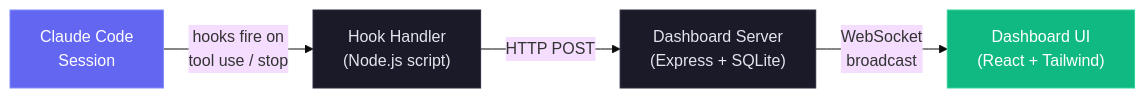
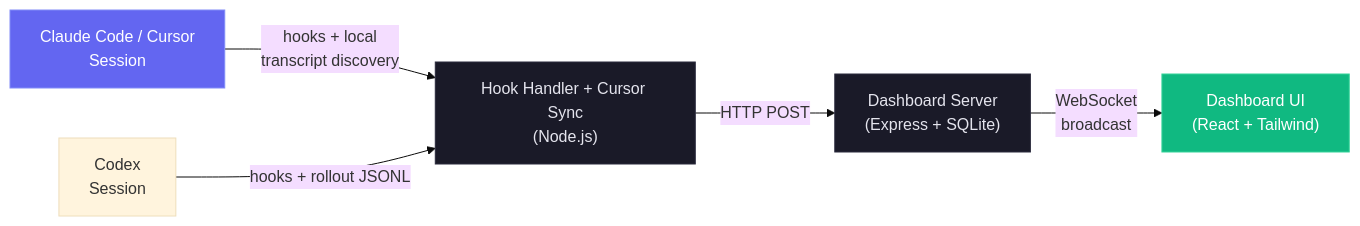
The first of 23 diagrams in README.md (Doccy008/Claude-Code-Agent-Monitor), drawn with Mermaid (base theme) before and after one commit. The commit also changed other lines of this file and 110 other files, not shown here.

````diff
--- a/README.md
+++ b/README.md
@@ -119,10 +120,11 @@
 ```mermaid
 graph LR
-    A["Claude Code<br/>Session"] -->|hooks fire on<br/>tool use / stop| B["Hook Handler<br/>(Node.js script)"]
+    A["Claude Code / Cursor<br/>Session"] -->|hooks + local<br/>transcript discovery| B["Hook Handler + Cursor Sync<br/>(Node.js)"]
+    X["Codex<br/>Session"] -->|hooks + rollout JSONL| B
     B -->|HTTP POST| C["Dashboard Server<br/>(Express + SQLite)"]
     C -->|WebSocket<br/>broadcast| D["Dashboard UI<br/>(React + Tailwind)"]
     style A fill:#6366f1,stroke:#818cf8,color:#fff
     style B fill:#1a1a28,stroke:#2a2a3d,color:#e4e4ed
     style C fill:#1a1a28,stroke:#2a2a3d,color:#e4e4ed
     style D fill:#10b981,stroke:#34d399,color:#fff
 ```
````
